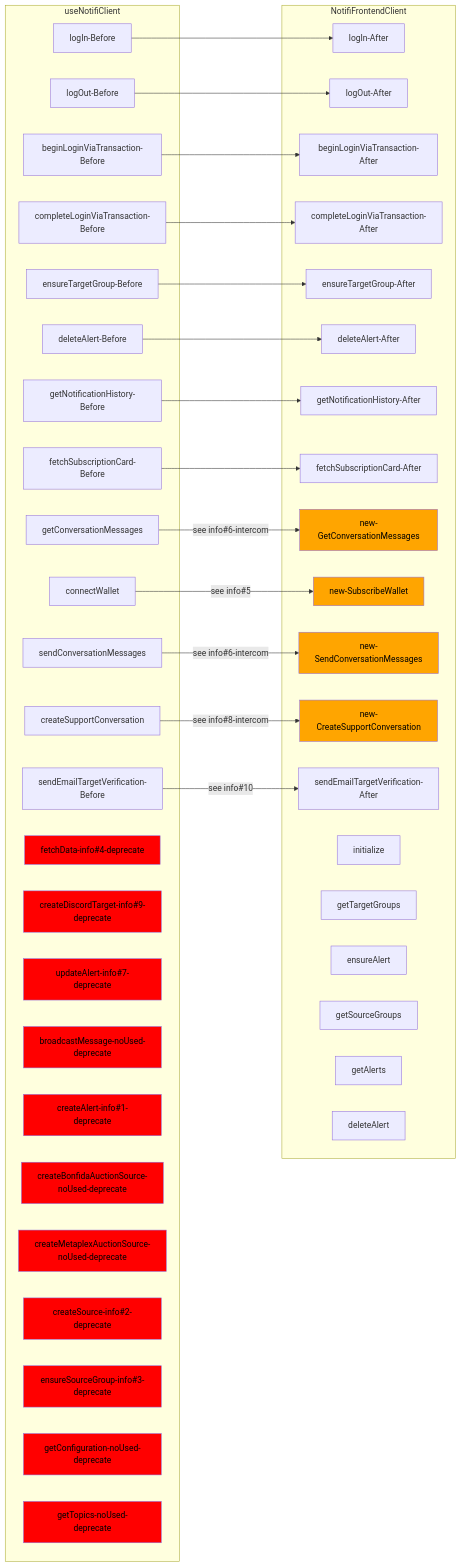
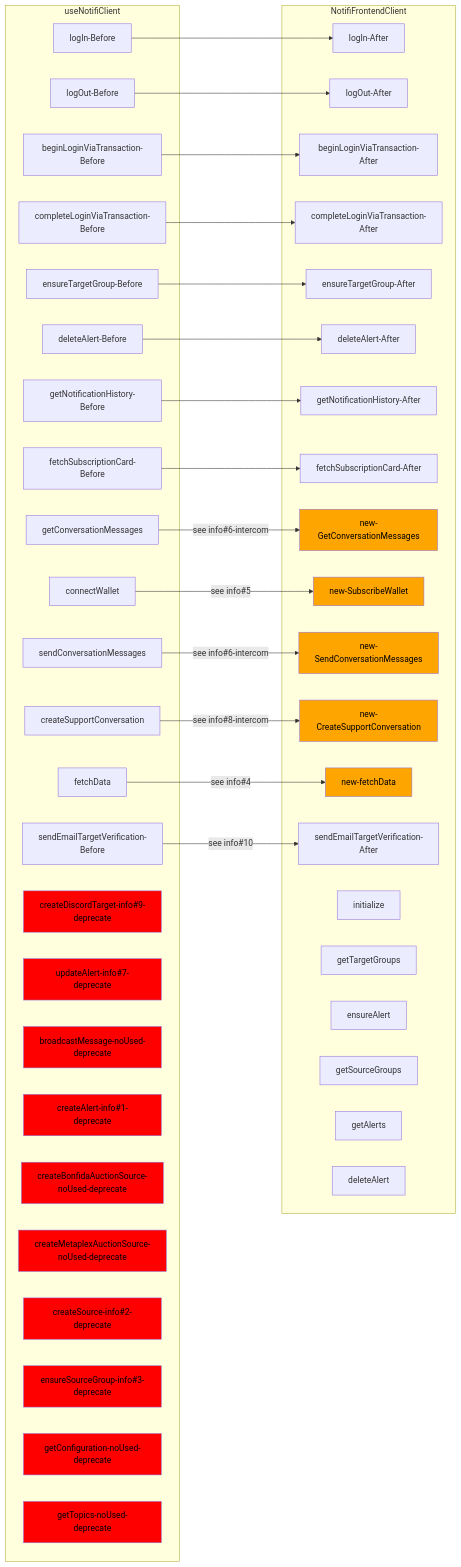
The third of 5 diagrams in docs/4.notifi/sdk-consolidate.md (happyeric77/colorfullife-docs), drawn with Mermaid before and after one commit. The commit also changed other lines of this file, not shown here.

````diff
--- a/docs/4.notifi/sdk-consolidate.md
+++ b/docs/4.notifi/sdk-consolidate.md
@@ -79,79 +136,81 @@
 ```mermaid
 flowchart LR
   logIn-Before --> logIn-After
   logOut-Before --> logOut-After
   beginLoginViaTransaction-Before --> beginLoginViaTransaction-After
   completeLoginViaTransaction-Before --> completeLoginViaTransaction-After
   ensureTargetGroup-Before --> ensureTargetGroup-After
   deleteAlert-Before --> deleteAlert-After
   getNotificationHistory-Before  --> getNotificationHistory-After
   fetchSubscriptionCard-Before --> fetchSubscriptionCard-After
   getConversationMessages -- see info#6-intercom --> new-GetConversationMessages
   connectWallet -- see info#5 --> new-SubscribeWallet
   sendConversationMessages -- see info#6-intercom --> new-SendConversationMessages
   createSupportConversation -- see info#8-intercom --> new-CreateSupportConversation
+  fetchData -- see info#4 --> new-fetchData
   sendEmailTargetVerification-Before -- see info#10 --> sendEmailTargetVerification-After
 
   subgraph useNotifiClient
     logIn-Before
     logOut-Before
     beginLoginViaTransaction-Before
     completeLoginViaTransaction-Before
     ensureTargetGroup-Before
     deleteAlert-Before
     getNotificationHistory-Before
     fetchSubscriptionCard-Before
     sendEmailTargetVerification-Before
     getConversationMessages
     connectWallet
     sendConversationMessages
     createSupportConversation
 
 
-    fetchData-info#4-deprecate:::removeColor
+    fetchData
     createDiscordTarget-info#9-deprecate:::removeColor
     updateAlert-info#7-deprecate:::removeColor
     broadcastMessage-noUsed-deprecate:::removeColor
     createAlert-info#1-deprecate:::removeColor
     createBonfidaAuctionSource-noUsed-deprecate:::removeColor
     createMetaplexAuctionSource-noUsed-deprecate:::removeColor
     createSource-info#2-deprecate:::removeColor
     ensureSourceGroup-info#3-deprecate:::removeColor
     getConfiguration-noUsed-deprecate:::removeColor
     getTopics-noUsed-deprecate:::removeColor
 
   end
 
   subgraph NotifiFrontendClient
     logIn-After
     logOut-After
     beginLoginViaTransaction-After
     completeLoginViaTransaction-After
     ensureTargetGroup-After
     deleteAlert-After
     getNotificationHistory-After
     fetchSubscriptionCard-After
     sendEmailTargetVerification-After
     new-GetConversationMessages:::implColor
     new-SubscribeWallet:::implColor
     new-SendConversationMessages:::implColor
     new-CreateSupportConversation:::implColor
+    new-fetchData:::implColor
 
 
     initialize
     getTargetGroups
     ensureAlert
     getSourceGroups
     getAlerts
     ensureAlert
     deleteAlert
 
 
   end
 
 
 classDef tbdColor fill:yellow,color:black;
 classDef removeColor fill:red,color:black;
 classDef implColor fill:orange,color:black;
 
 ```
````
